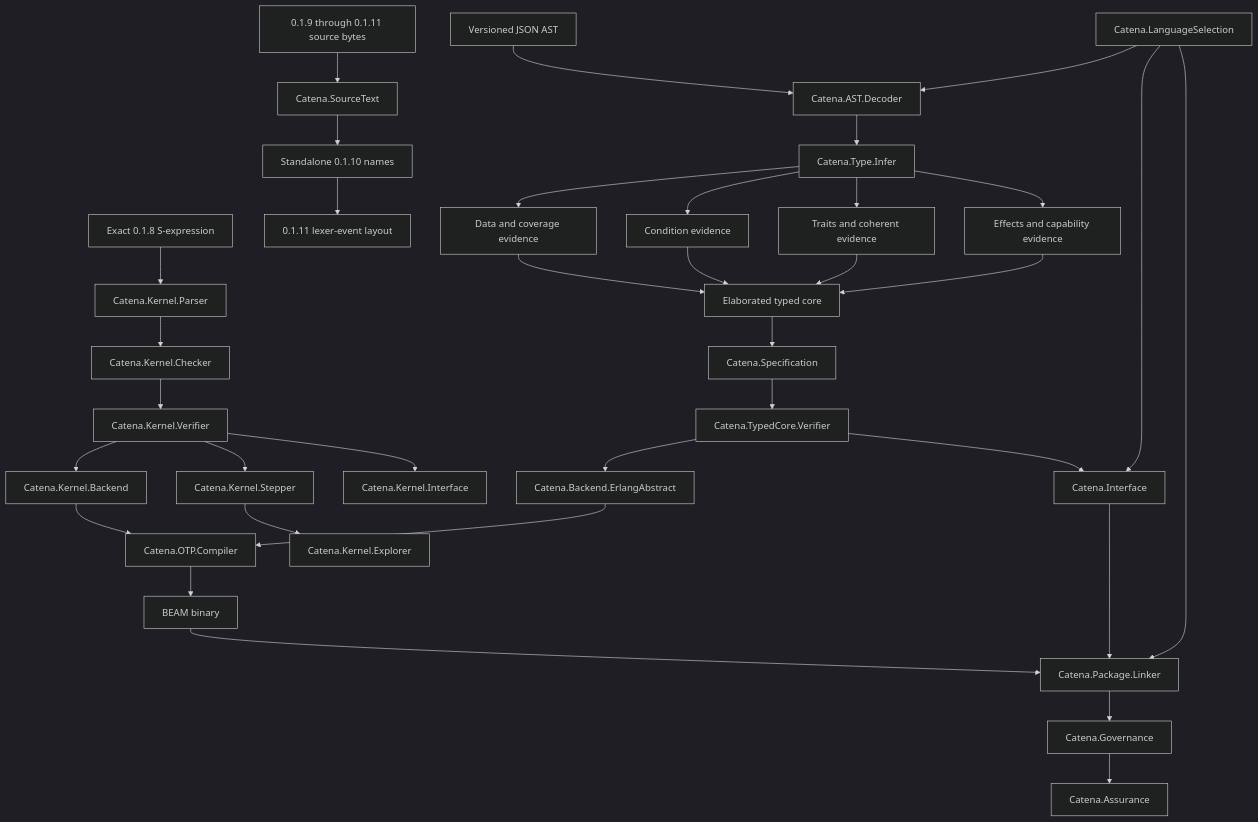
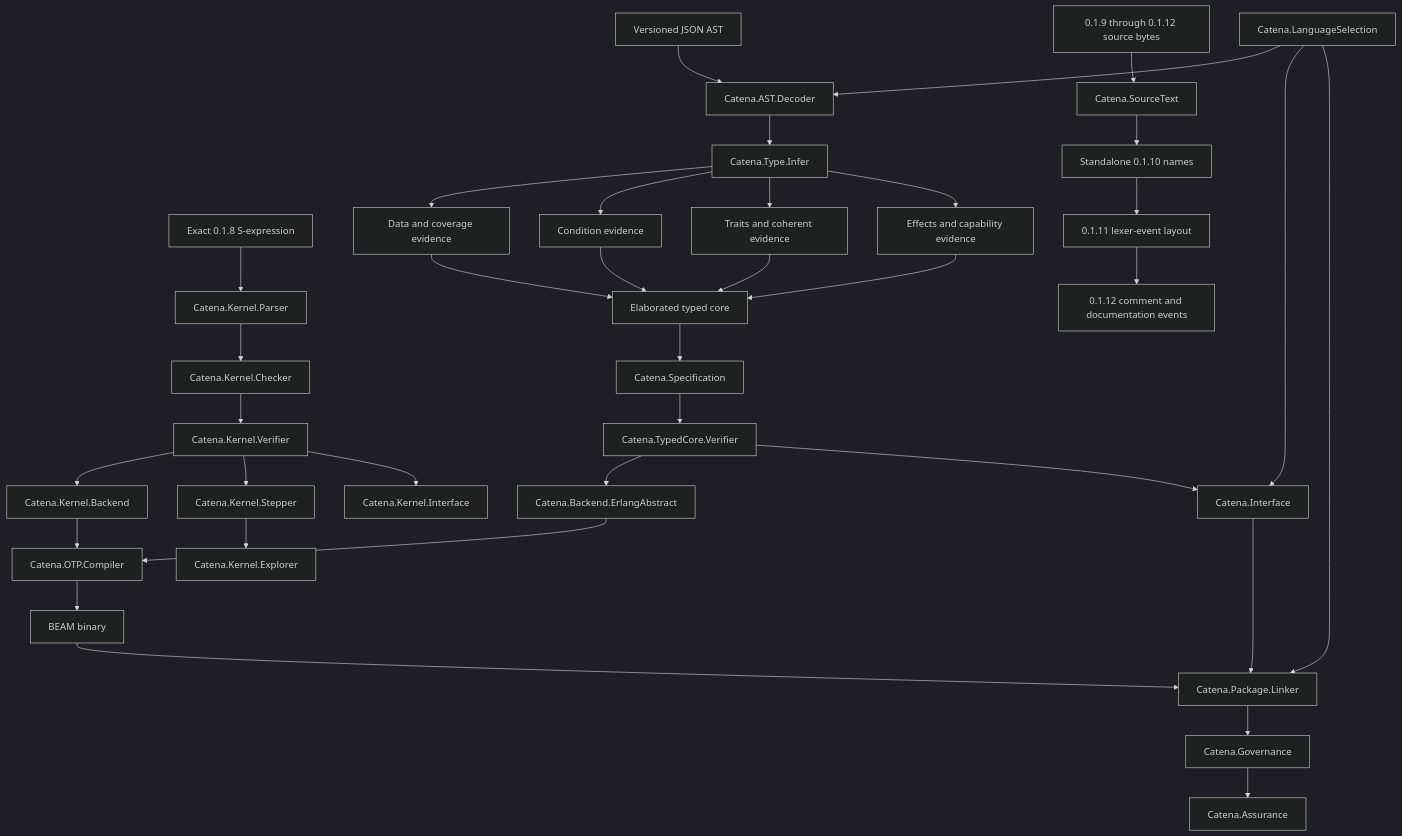
Before and after one commit to pcharbon70/catena: the diagram in guides/development/compiler-architecture.md, drawn with Mermaid (dark theme). The commit also changed other lines of this file and 24 other files, not shown here.

Commit message:
Implement comments and documentation comments

````diff
--- a/guides/development/compiler-architecture.md
+++ b/guides/development/compiler-architecture.md
@@ -46,38 +46,39 @@
 ```mermaid
 flowchart TD
     JSON[Versioned JSON AST] --> Decoder[Catena.AST.Decoder]
     Kernel[Exact 0.1.8 S-expression] --> KParser[Catena.Kernel.Parser]
-    Source[0.1.9 through 0.1.11 source bytes] --> SourceText[Catena.SourceText]
+    Source[0.1.9 through 0.1.12 source bytes] --> SourceText[Catena.SourceText]
     SourceText --> Names[Standalone 0.1.10 names]
     Names --> Layout[0.1.11 lexer-event layout]
+    Layout --> Comments[0.1.12 comment and documentation events]
     Selection[Catena.LanguageSelection] --> Decoder
     Decoder --> Infer[Catena.Type.Infer]
     Infer --> Data[Data and coverage evidence]
     Infer --> Cond[Condition evidence]
     Infer --> Cat[Traits and coherent evidence]
     Infer --> FX[Effects and capability evidence]
     Data --> Core[Elaborated typed core]
     Cond --> Core
     Cat --> Core
     FX --> Core
     Core --> Spec[Catena.Specification]
     Spec --> Verify[Catena.TypedCore.Verifier]
     Verify --> Backend[Catena.Backend.ErlangAbstract]
     Backend --> OTP[Catena.OTP.Compiler]
     OTP --> Beam[BEAM binary]
     Verify --> Interface[Catena.Interface]
     KParser --> KCheck[Catena.Kernel.Checker]
     KCheck --> KVerify[Catena.Kernel.Verifier]
     KVerify --> KBackend[Catena.Kernel.Backend]
     KVerify --> Stepper[Catena.Kernel.Stepper]
     Stepper --> Explorer[Catena.Kernel.Explorer]
     KBackend --> OTP
     KVerify --> KInterface[Catena.Kernel.Interface]
 
     Beam --> Linker[Catena.Package.Linker]
     Interface --> Linker
     Selection --> Interface
     Selection --> Linker
     Linker --> Governance[Catena.Governance]
     Governance --> Assurance[Catena.Assurance]
 ```
````
